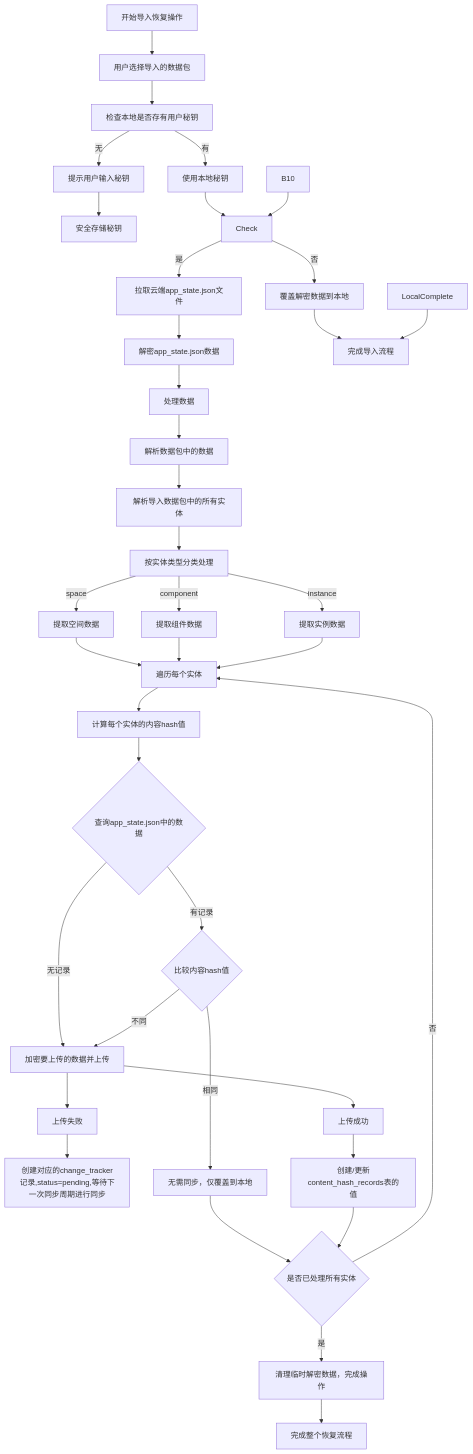
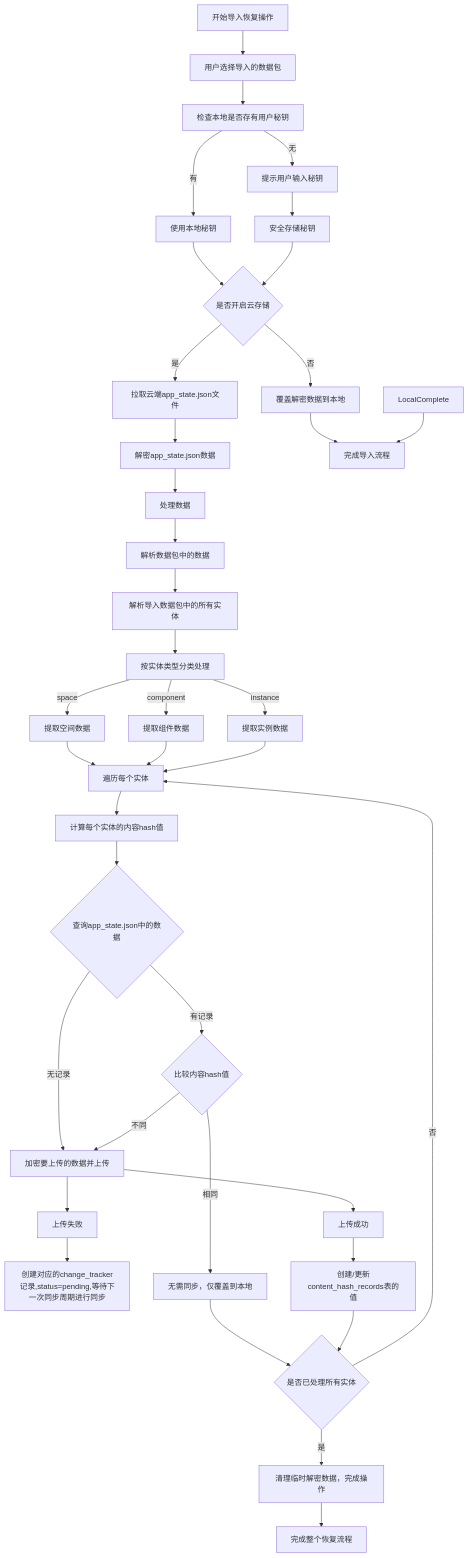
The diagram in all/未命名-47.md (yingjianzh/iodraw-files), drawn with Mermaid before and after one commit.

Commit message:
2025-04-29 15:00:41 update

````diff
--- a/all/未命名-47.md
+++ b/all/未命名-47.md
@@ -1,56 +1,56 @@
 ```mermaid
 flowchart TD
     A[开始导入恢复操作] --> B[用户选择导入的数据包]
     B --> B1[检查本地是否存有用户秘钥]
     
     B1 -->|有| B3[使用本地秘钥]
     B1 -->|无| B4[提示用户输入秘钥]
 
     B4 --> B8[安全存储秘钥]
-    B3 --> Check
+    B3 --> Check{是否开启云存储}
 
-    B10 --> Check
+    B8 --> Check
     Check --> |否| LocalOnly[覆盖解密数据到本地]
     
     Check --> |是| Download[拉取云端app_state.json文件]
     Download --> AppState[解密app_state.json数据]
 
     LocalOnly --> Complete[完成导入流程]
     AppState --> Process[处理数据]
 
     Process --> C[解析数据包中的数据]
     
     C --> D[解析导入数据包中的所有实体]
     D --> G[按实体类型分类处理]
     
     G -->|space| H1[提取空间数据]
     G -->|component| H2[提取组件数据]
     G -->|instance| H3[提取实例数据]
     
     H1 --> I[遍历每个实体]
     H2 --> I
     H3 --> I
     
     I --> CalcHash[计算每个实体的内容hash值]
     CalcHash --> L{查询app_state.json中的数据}
     
     L -->|无记录| M1[加密要上传的数据并上传]
     M1 --> N1[上传成功]
     M1 --> N2[上传失败]
     
     N2 --> N3[创建对应的change_tracker记录,status=pending,等待下一次同步周期进行同步]
     N1 --> M4[创建/更新content_hash_records表的值]
     LocalComplete --> Complete
 
     L -->|有记录| M2{比较内容hash值}
     M2 -->|相同| M3[无需同步，仅覆盖到本地]
     M2 -->|不同| M1
     
     M3 --> S{是否已处理所有实体}
     M4 --> S
 
     S -->|否| I
     S -->|是| U[清理临时解密数据，完成操作]
 
     U --> V[完成整个恢复流程]
 ```
````
